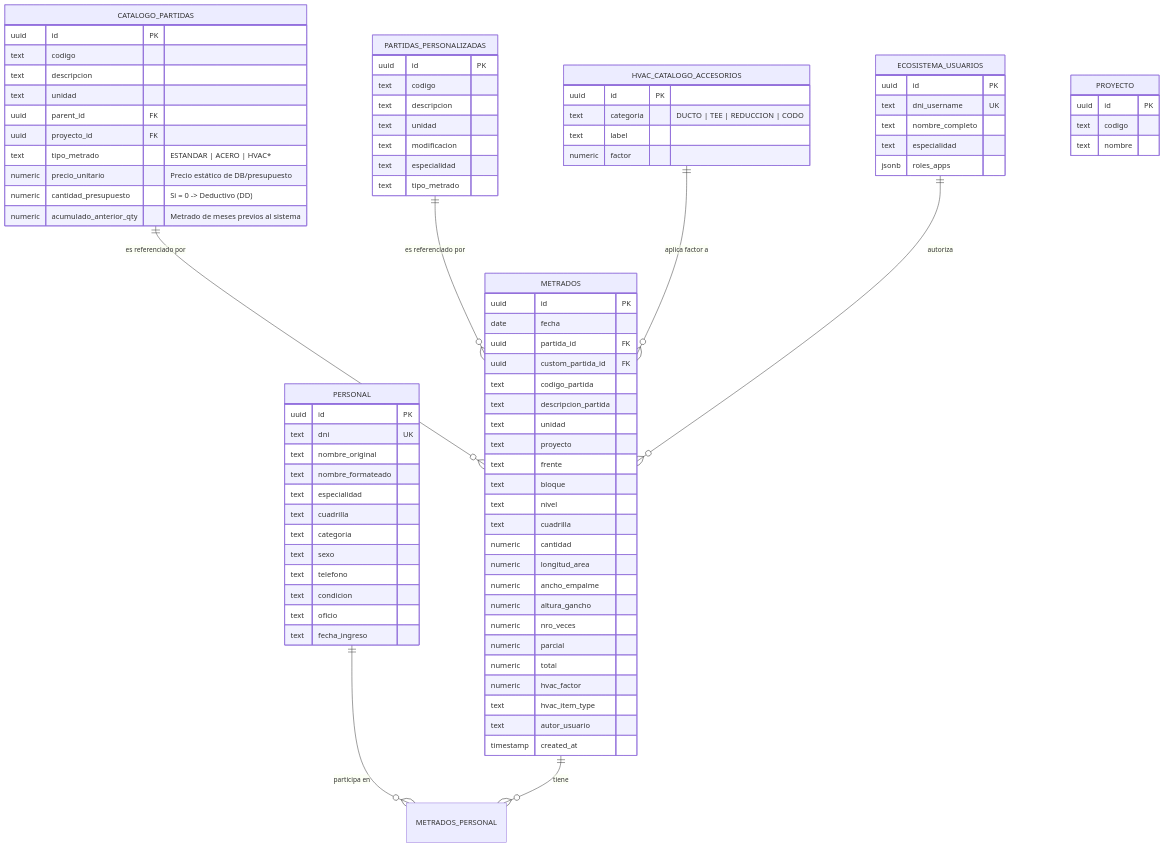
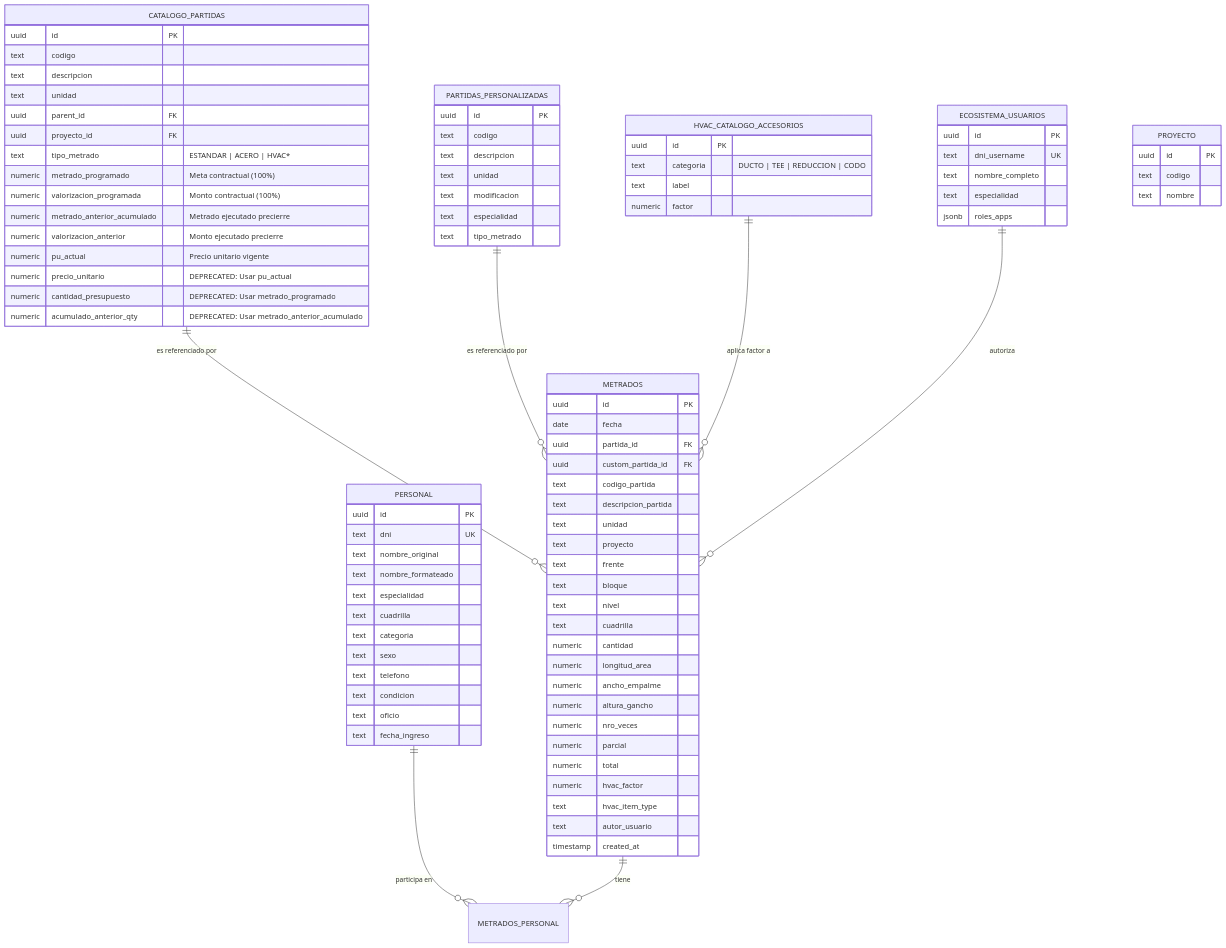
One commit to JorgeCusco/3_Entregable_web_buscador_de_metrados changed the diagram in SQL_Architecture_Master_Guide.md. Above: the diagram before and after it, drawn with Mermaid. The commit also changed other lines of this file and 35 other files, not shown here.

```diff
--- a/SQL_Architecture_Master_Guide.md
+++ b/SQL_Architecture_Master_Guide.md
@@ -57,9 +57,14 @@
         uuid parent_id FK
         uuid proyecto_id FK
         text tipo_metrado "ESTANDAR | ACERO | HVAC*"
-        numeric precio_unitario "Precio estático de DB/presupuesto"
-        numeric cantidad_presupuesto "Si = 0 -> Deductivo (DD)"
-        numeric acumulado_anterior_qty "Metrado de meses previos al sistema"
+        numeric metrado_programado "Meta contractual (100%)"
+        numeric valorizacion_programada "Monto contractual (100%)"
+        numeric metrado_anterior_acumulado "Metrado ejecutado precierre"
+        numeric valorizacion_anterior "Monto ejecutado precierre"
+        numeric pu_actual "Precio unitario vigente"
+        numeric precio_unitario "DEPRECATED: Usar pu_actual"
+        numeric cantidad_presupuesto "DEPRECATED: Usar metrado_programado"
+        numeric acumulado_anterior_qty "DEPRECATED: Usar metrado_anterior_acumulado"
     }
   
     METRADOS {
```
